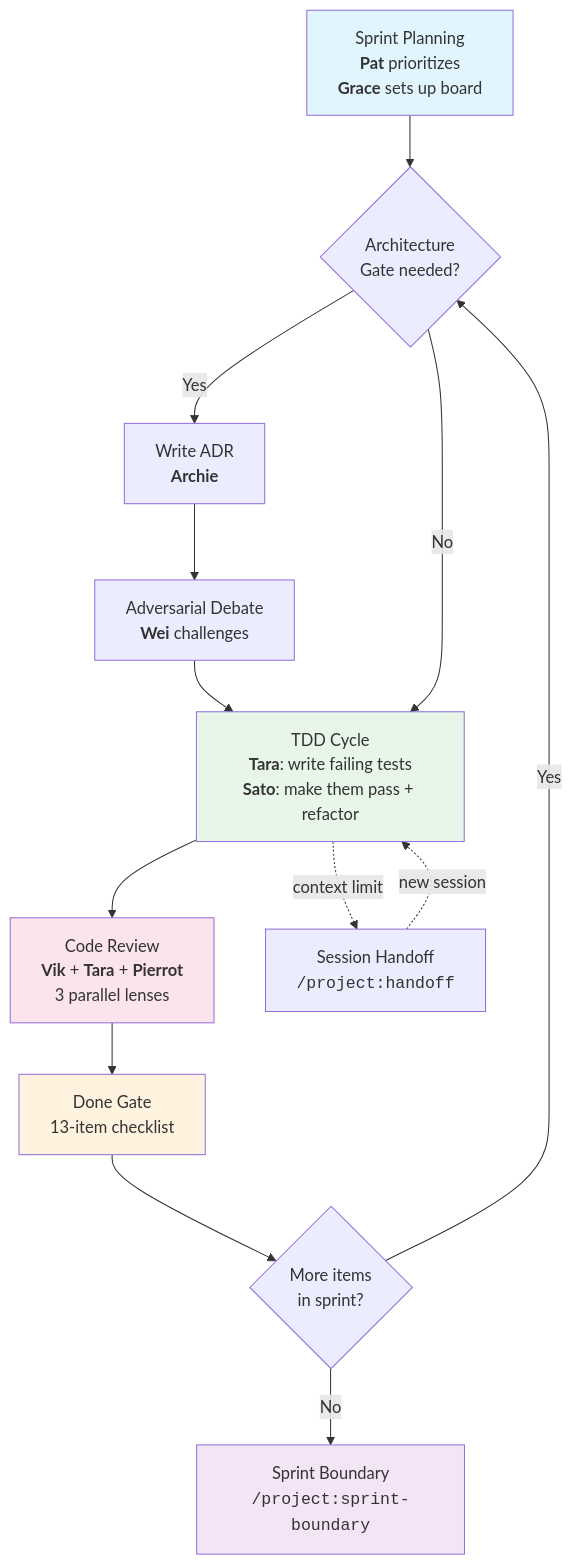
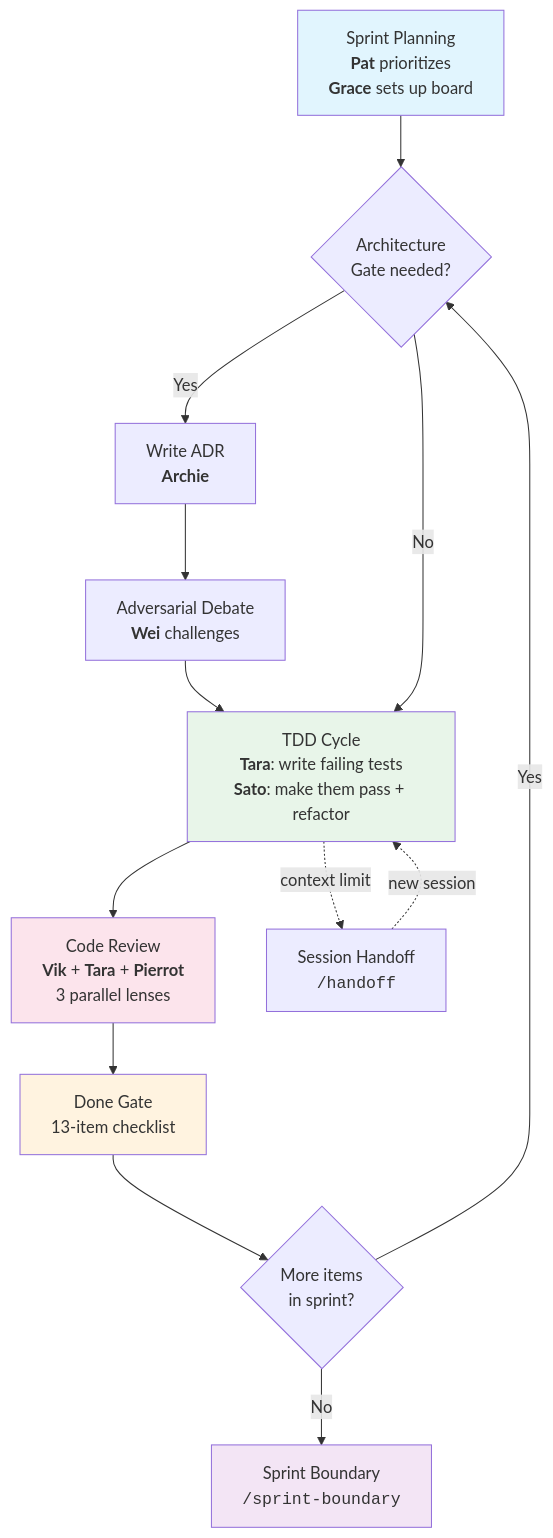
One commit to noodlefrenzy/vteam-hybrid changed the diagram in docs/template-guide.md. Above: the diagram before and after it, drawn with Mermaid. The commit also changed other lines of this file and 23 other files, not shown here.

````diff
--- a/docs/template-guide.md
+++ b/docs/template-guide.md
@@ -42,29 +42,29 @@
 ```mermaid
 flowchart TD
     Plan["Sprint Planning<br/><strong>Pat</strong> prioritizes<br/><strong>Grace</strong> sets up board"]
     Gate{"Architecture<br/>Gate needed?"}
     ADR["Write ADR<br/><strong>Archie</strong>"]
     Debate["Adversarial Debate<br/><strong>Wei</strong> challenges"]
     TDD["TDD Cycle<br/><strong>Tara</strong>: write failing tests<br/><strong>Sato</strong>: make them pass + refactor"]
     Review["Code Review<br/><strong>Vik</strong> + <strong>Tara</strong> + <strong>Pierrot</strong><br/>3 parallel lenses"]
     DoneGate["Done Gate<br/>13-item checklist"]
     More{"More items<br/>in sprint?"}
-    Boundary["Sprint Boundary<br/><code>/project:sprint-boundary</code>"]
-    Handoff["Session Handoff<br/><code>/project:handoff</code>"]
+    Boundary["Sprint Boundary<br/><code>/sprint-boundary</code>"]
+    Handoff["Session Handoff<br/><code>/handoff</code>"]
 
     Plan --> Gate
     Gate -->|Yes| ADR --> Debate --> TDD
     Gate -->|No| TDD
     TDD --> Review --> DoneGate
     DoneGate --> More
     More -->|Yes| Gate
     More -->|No| Boundary
     TDD -.->|"context limit"| Handoff
     Handoff -.->|"new session"| TDD
 
     style Plan fill:#e1f5fe
     style TDD fill:#e8f5e9
     style Review fill:#fce4ec
     style DoneGate fill:#fff3e0
     style Boundary fill:#f3e5f5
 ```
````
